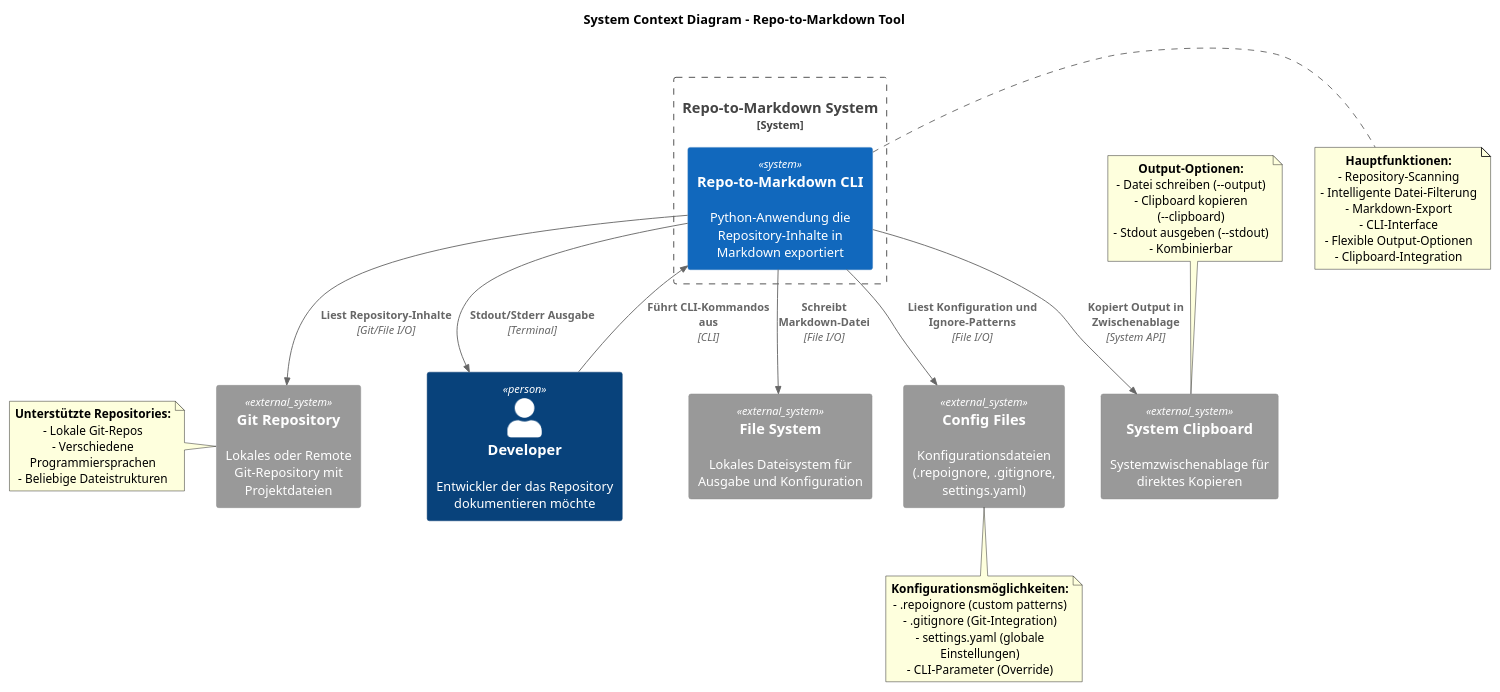
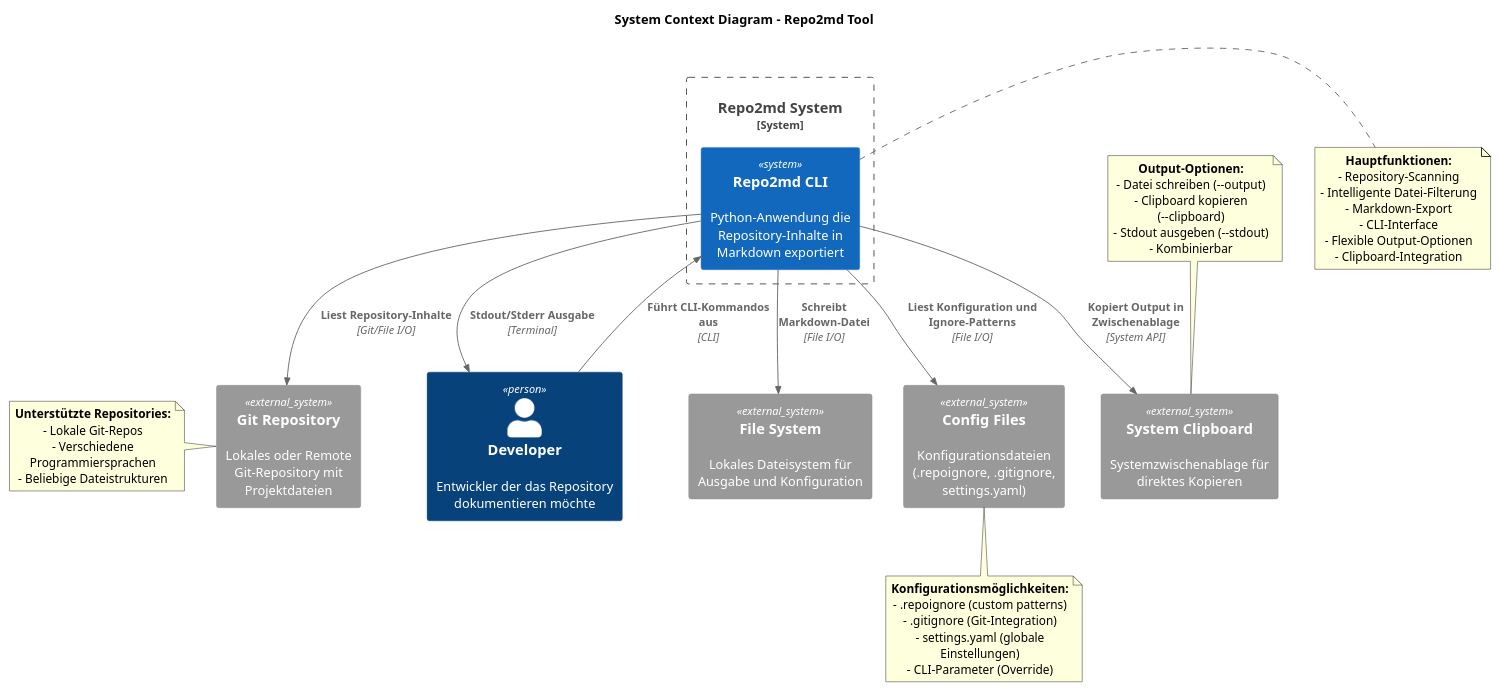
One commit to georghildebrand/repo2ai changed the diagram in docs/architecture/c4/01-system-context.puml. Above: the diagram before and after it, drawn with PlantUML. The commit also changed 13 other files, not shown here.

Commit message:
Update from repo-to-markdown to repo2md

```diff
--- a/docs/architecture/c4/01-system-context.puml
+++ b/docs/architecture/c4/01-system-context.puml
@@ -1,57 +1,57 @@
-@startuml C4_Level1_RepoToMarkdown
+@startuml C4_Level1_repo2md
 !include https://raw.githubusercontent.com/plantuml-stdlib/C4-PlantUML/master/C4_Context.puml
 
-title System Context Diagram - Repo-to-Markdown Tool
+title System Context Diagram - Repo2md Tool
 
 Person(developer, "Developer", "Entwickler der das Repository dokumentieren möchte")
 
-System_Boundary(repoToMd, "Repo-to-Markdown System") {
-    System(repoToMdApp, "Repo-to-Markdown CLI", "Python-Anwendung die Repository-Inhalte in Markdown exportiert")
+System_Boundary(repoToMd, "Repo2md System") {
+    System(repoToMdApp, "Repo2md CLI", "Python-Anwendung die Repository-Inhalte in Markdown exportiert")
 }
 
 System_Ext(gitRepo, "Git Repository", "Lokales oder Remote Git-Repository mit Projektdateien")
 System_Ext(fileSystem, "File System", "Lokales Dateisystem für Ausgabe und Konfiguration")
 System_Ext(configFiles, "Config Files", "Konfigurationsdateien (.repoignore, .gitignore, settings.yaml)")
 System_Ext(clipboard, "System Clipboard", "Systemzwischenablage für direktes Kopieren")
 
 Rel(developer, repoToMdApp, "Führt CLI-Kommandos aus", "CLI")
 Rel(repoToMdApp, gitRepo, "Liest Repository-Inhalte", "Git/File I/O")
 Rel(repoToMdApp, fileSystem, "Schreibt Markdown-Datei", "File I/O")
 Rel(repoToMdApp, configFiles, "Liest Konfiguration und Ignore-Patterns", "File I/O")
 Rel(repoToMdApp, clipboard, "Kopiert Output in Zwischenablage", "System API")
 Rel(repoToMdApp, developer, "Stdout/Stderr Ausgabe", "Terminal")
 
 note right of repoToMdApp
   **Hauptfunktionen:**
   - Repository-Scanning
   - Intelligente Datei-Filterung
   - Markdown-Export
   - CLI-Interface
   - Flexible Output-Optionen
   - Clipboard-Integration
 end note
 
 note left of gitRepo
   **Unterstützte Repositories:**
   - Lokale Git-Repos
   - Verschiedene Programmiersprachen
   - Beliebige Dateistrukturen
 end note
 
 note bottom of configFiles
   **Konfigurationsmöglichkeiten:**
   - .repoignore (custom patterns)
   - .gitignore (Git-Integration)
   - settings.yaml (globale Einstellungen)
   - CLI-Parameter (Override)
 end note
 
 note top of clipboard
   **Output-Optionen:**
   - Datei schreiben (--output)
   - Clipboard kopieren (--clipboard)
   - Stdout ausgeben (--stdout)
   - Kombinierbar
 end note
 
 @enduml
```
